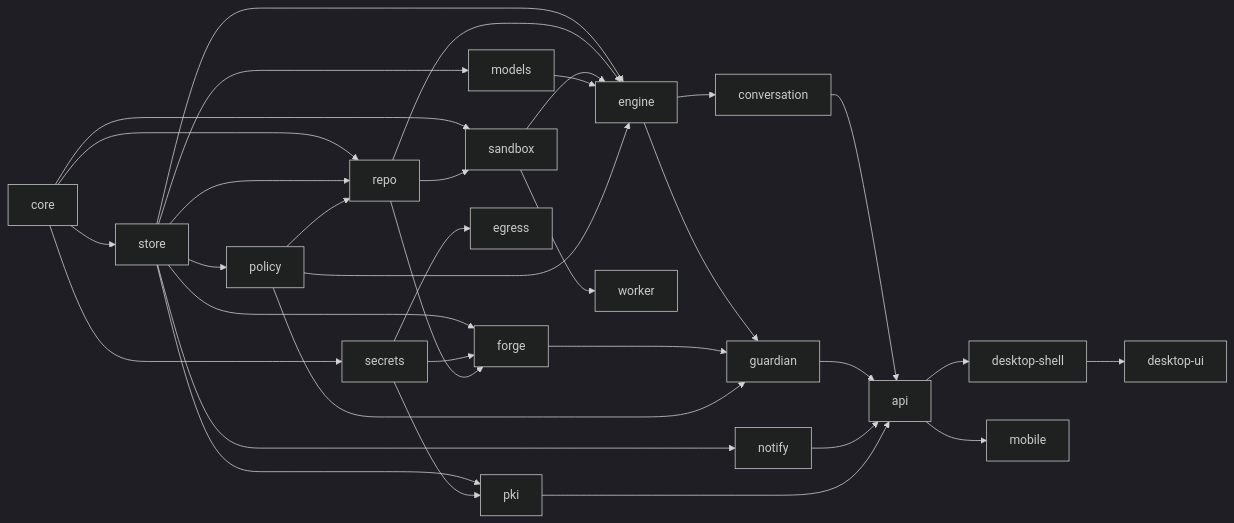
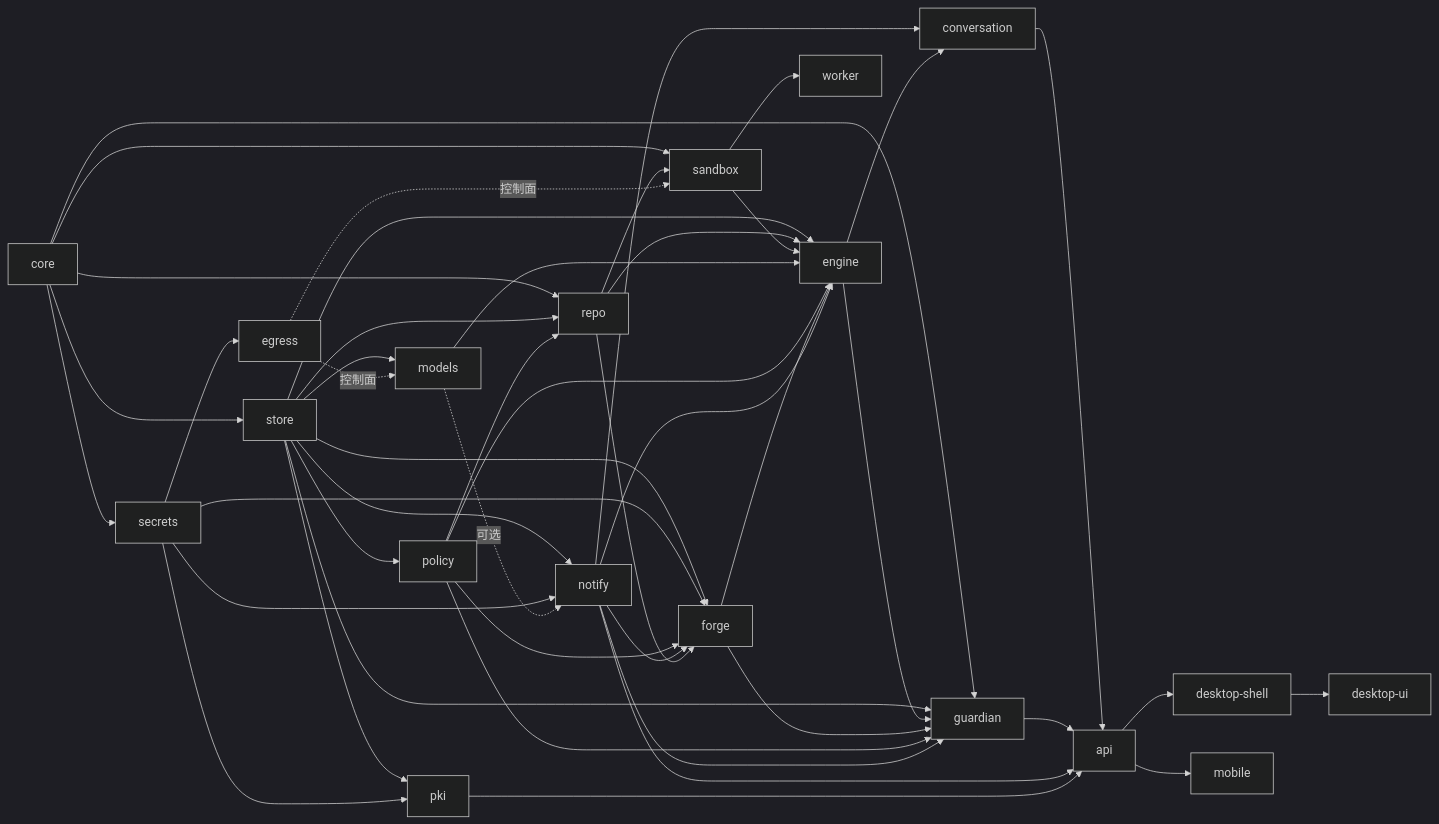
One commit to LeXwDeX/Gantry changed the second of 3 diagrams in docs/architecture.md. Above: the diagram before and after it, drawn with Mermaid (dark theme). The commit also changed other lines of this file and 10 other files, not shown here.

````diff
--- a/docs/architecture.md
+++ b/docs/architecture.md
@@ -107,36 +110,48 @@
 ```mermaid
 flowchart LR
   core --> store
   core --> sandbox
+  core --> guardian
   store --> engine
   store --> forge
   store --> models
   store --> policy
   store --> notify
   store --> pki
+  store --> guardian
   core --> secrets
   secrets --> forge
   secrets --> pki
   secrets --> egress
+  secrets --> notify
   core --> repo
   store --> repo
   policy --> repo
+  policy --> forge
+  notify --> forge
   repo --> sandbox
   repo --> forge
   repo --> engine
+  egress -. 控制面 .-> sandbox
+  egress -. 控制面 .-> models
   sandbox --> worker
   sandbox --> engine
   models --> engine
+  models -. 可选 .-> notify
   policy --> engine
+  forge --> engine
+  notify --> engine
+  notify --> conversation
   engine --> conversation
   engine --> guardian
   forge --> guardian
   policy --> guardian
+  notify --> guardian
   conversation --> api
   guardian --> api
   notify --> api
   pki --> api
   api --> desktop-shell
   desktop-shell --> desktop-ui
   api --> mobile
 ```
````
